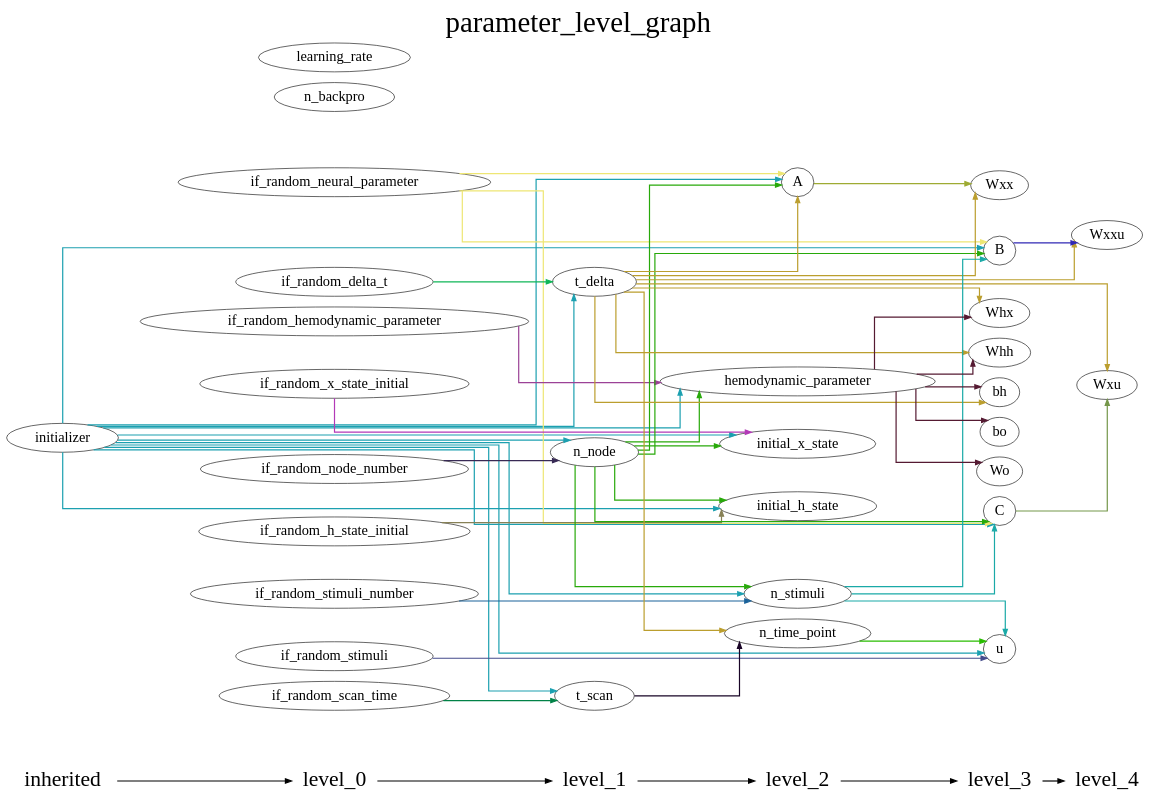
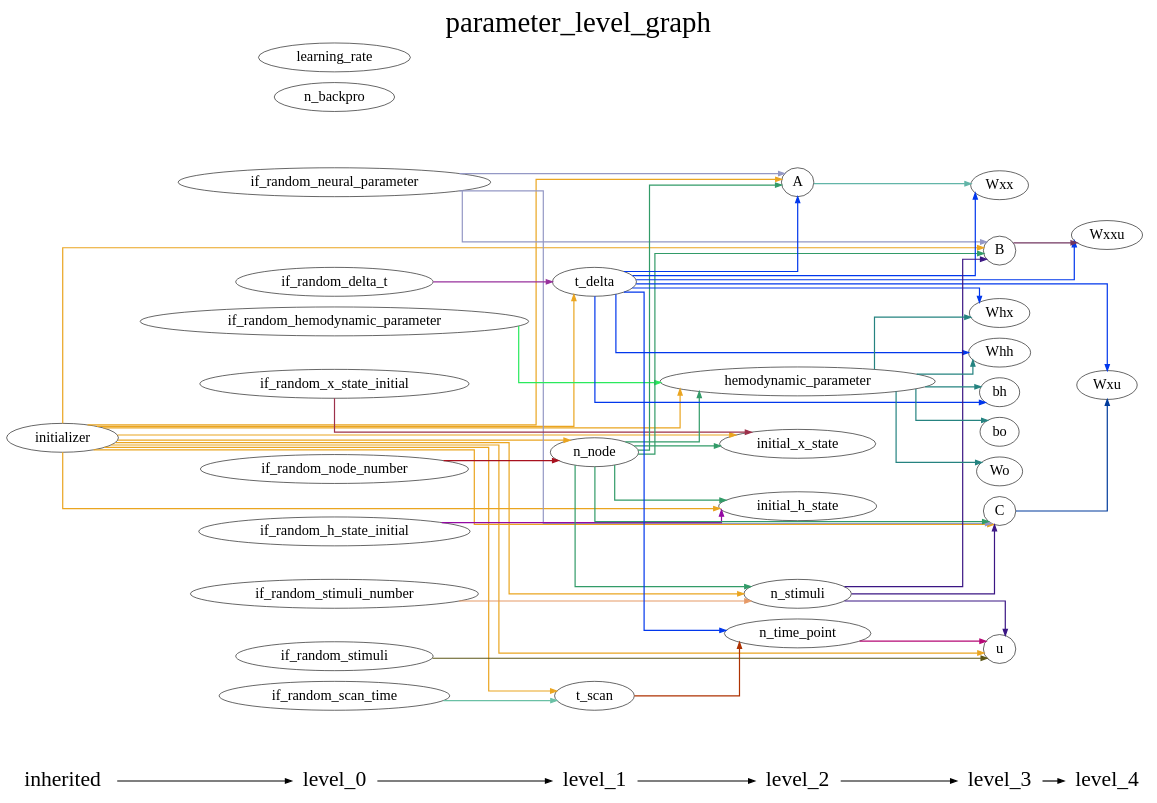
Before and after one commit to YuanWangOnward/DCM_RNN: the diagram in DCM_RNN/documents/parameter_level_graph.gv, drawn with Graphviz. The commit also changed 14 other files, not shown here.

```diff
--- a/DCM_RNN/documents/parameter_level_graph.gv
+++ b/DCM_RNN/documents/parameter_level_graph.gv
@@ -1,131 +1,131 @@
 digraph G {
           splines=ortho;
           fontsize = 48;
           rankdir = "LR";
           node[fontsize=24];
           edge[penwidth=2];
           {
           node [shape=plaintext fontsize=36];
           inherited -> 
           level_0 -> 
           level_1 -> 
           level_2 -> 
           level_3 -> 
           level_4
           }
           {rank = same;
           inherited;
           initializer;
           }
           {rank = same;
           level_0;
           if_random_neural_parameter;
           if_random_hemodynamic_parameter;
           if_random_x_state_initial;
           if_random_h_state_initial;
           if_random_stimuli;
           if_random_node_number;
           if_random_stimuli_number;
           if_random_delta_t;
           if_random_scan_time;
           n_backpro;
           learning_rate;
           }
           {rank = same;
           level_1;
           n_node;
           t_delta;
           t_scan;
           }
           {rank = same;
           level_2;
           n_time_point;
           n_stimuli;
           A;
           hemodynamic_parameter;
           initial_x_state;
           initial_h_state;
           }
           {rank = same;
           level_3;
           u;
           B;
           C;
           Wxx;
           Whx;
           Whh;
           bh;
           Wo;
           bo;
           }
           {rank = same;
           level_4;
           Wxxu;
           Wxu;
           }
-          hemodynamic_parameter -> Wo [color="#551A32"];
-          hemodynamic_parameter -> bh [color="#551A32"];
-          hemodynamic_parameter -> Whh [color="#551A32"];
-          hemodynamic_parameter -> bo [color="#551A32"];
-          hemodynamic_parameter -> Whx [color="#551A32"];
-          B -> Wxxu [color="#3128B5"];
-          n_stimuli -> B [color="#1AA9A7"];
-          n_stimuli -> C [color="#1AA9A7"];
-          n_stimuli -> u [color="#1AA9A7"];
-          if_random_hemodynamic_parameter -> hemodynamic_parameter [color="#9B4296"];
-          n_time_point -> u [color="#29BC01"];
-          if_random_x_state_initial -> initial_x_state [color="#B339B7"];
+          bh ;
+          t_scan -> n_time_point [color="#AE3202"];
+          Whh ;
+          if_random_neural_parameter -> A [color="#9498C5"];
+          if_random_neural_parameter -> C [color="#9498C5"];
+          if_random_neural_parameter -> B [color="#9498C5"];
+          if_random_scan_time -> t_scan [color="#6AC0A5"];
+          learning_rate ;
+          A -> Wxx [color="#62B5A8"];
+          if_random_stimuli -> u [color="#5B5617"];
+          Wxx ;
+          bo ;
+          u ;
+          Wxxu ;
+          n_time_point -> u [color="#B50875"];
+          initial_x_state ;
+          if_random_hemodynamic_parameter -> hemodynamic_parameter [color="#2AE95C"];
+          if_random_h_state_initial -> initial_h_state [color="#9408A3"];
+          C -> Wxu [color="#003B9C"];
+          if_random_node_number -> n_node [color="#A8111E"];
           n_backpro ;
+          initial_h_state ;
+          t_delta -> bh [color="#0137EC"];
+          t_delta -> Whh [color="#0137EC"];
+          t_delta -> A [color="#0137EC"];
+          t_delta -> Wxx [color="#0137EC"];
+          t_delta -> Wxxu [color="#0137EC"];
+          t_delta -> n_time_point [color="#0137EC"];
+          t_delta -> Whx [color="#0137EC"];
+          t_delta -> Wxu [color="#0137EC"];
+          n_node -> A [color="#329B68"];
+          n_node -> initial_x_state [color="#329B68"];
+          n_node -> C [color="#329B68"];
+          n_node -> initial_h_state [color="#329B68"];
+          n_node -> B [color="#329B68"];
+          n_node -> n_stimuli [color="#329B68"];
+          n_node -> hemodynamic_parameter [color="#329B68"];
+          Whx ;
+          Wxu ;
+          initializer -> t_scan [color="#EAA520"];
+          initializer -> A [color="#EAA520"];
+          initializer -> u [color="#EAA520"];
+          initializer -> initial_x_state [color="#EAA520"];
+          initializer -> C [color="#EAA520"];
+          initializer -> initial_h_state [color="#EAA520"];
+          initializer -> t_delta [color="#EAA520"];
+          initializer -> n_node [color="#EAA520"];
+          initializer -> B [color="#EAA520"];
+          initializer -> n_stimuli [color="#EAA520"];
+          initializer -> hemodynamic_parameter [color="#EAA520"];
+          if_random_stimuli_number -> n_stimuli [color="#E69A67"];
+          B -> Wxxu [color="#723661"];
+          n_stimuli -> u [color="#3B1684"];
+          n_stimuli -> C [color="#3B1684"];
+          n_stimuli -> B [color="#3B1684"];
+          if_random_x_state_initial -> initial_x_state [color="#9C304A"];
+          if_random_delta_t -> t_delta [color="#97309C"];
+          hemodynamic_parameter -> bh [color="#258380"];
+          hemodynamic_parameter -> Whh [color="#258380"];
+          hemodynamic_parameter -> bo [color="#258380"];
+          hemodynamic_parameter -> Whx [color="#258380"];
+          hemodynamic_parameter -> Wo [color="#258380"];
           Wo ;
-          t_delta -> n_time_point [color="#BB9E2E"];
-          t_delta -> bh [color="#BB9E2E"];
-          t_delta -> Whh [color="#BB9E2E"];
-          t_delta -> Wxu [color="#BB9E2E"];
-          t_delta -> Wxxu [color="#BB9E2E"];
-          t_delta -> Whx [color="#BB9E2E"];
-          t_delta -> Wxx [color="#BB9E2E"];
-          t_delta -> A [color="#BB9E2E"];
-          bh ;
-          C -> Wxu [color="#75974A"];
-          Whh ;
-          if_random_h_state_initial -> initial_h_state [color="#878156"];
-          if_random_scan_time -> t_scan [color="#018247"];
-          initial_h_state ;
-          if_random_delta_t -> t_delta [color="#0EB657"];
-          Wxu ;
-          learning_rate ;
-          Whx ;
-          bo ;
-          Wxxu ;
-          initial_x_state ;
-          if_random_stimuli_number -> n_stimuli [color="#1A629A"];
-          initializer -> B [color="#1CA0B0"];
-          initializer -> hemodynamic_parameter [color="#1CA0B0"];
-          initializer -> n_stimuli [color="#1CA0B0"];
-          initializer -> t_delta [color="#1CA0B0"];
-          initializer -> C [color="#1CA0B0"];
-          initializer -> initial_h_state [color="#1CA0B0"];
-          initializer -> n_node [color="#1CA0B0"];
-          initializer -> initial_x_state [color="#1CA0B0"];
-          initializer -> t_scan [color="#1CA0B0"];
-          initializer -> u [color="#1CA0B0"];
-          initializer -> A [color="#1CA0B0"];
-          t_scan -> n_time_point [color="#190426"];
-          if_random_node_number -> n_node [color="#382A55"];
-          n_node -> B [color="#28A90A"];
-          n_node -> hemodynamic_parameter [color="#28A90A"];
-          n_node -> n_stimuli [color="#28A90A"];
-          n_node -> C [color="#28A90A"];
-          n_node -> initial_h_state [color="#28A90A"];
-          n_node -> initial_x_state [color="#28A90A"];
-          n_node -> A [color="#28A90A"];
-          if_random_neural_parameter -> B [color="#EEE674"];
-          if_random_neural_parameter -> C [color="#EEE674"];
-          if_random_neural_parameter -> A [color="#EEE674"];
-          if_random_stimuli -> u [color="#434A8B"];
-          Wxx ;
-          A -> Wxx [color="#9EAB33"];
-          u ;
           labelloc = "t";
           label = "parameter_level_graph";
 }
```
